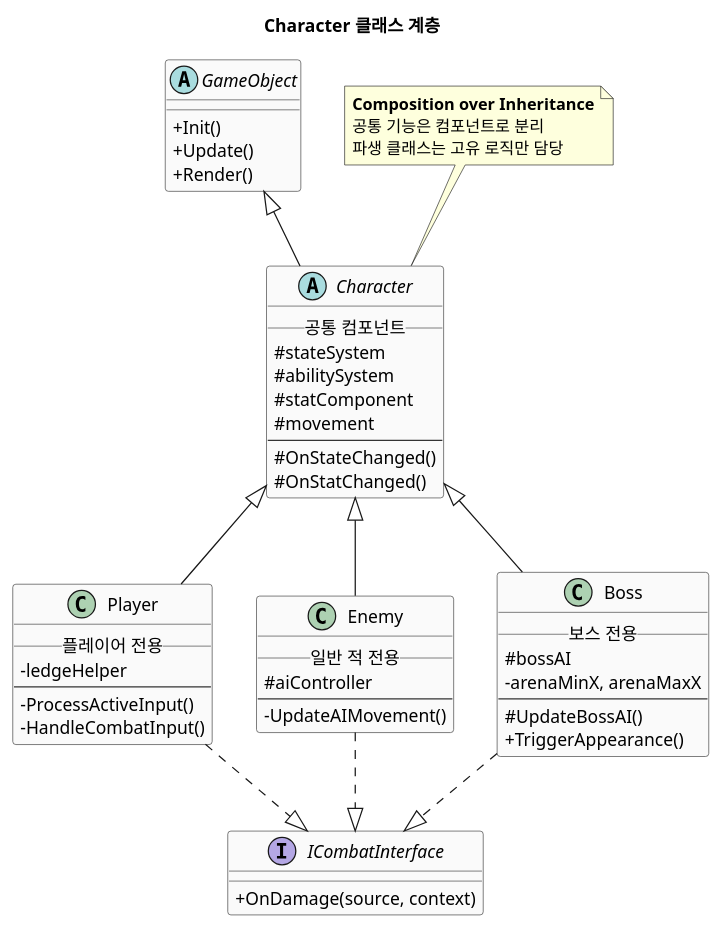
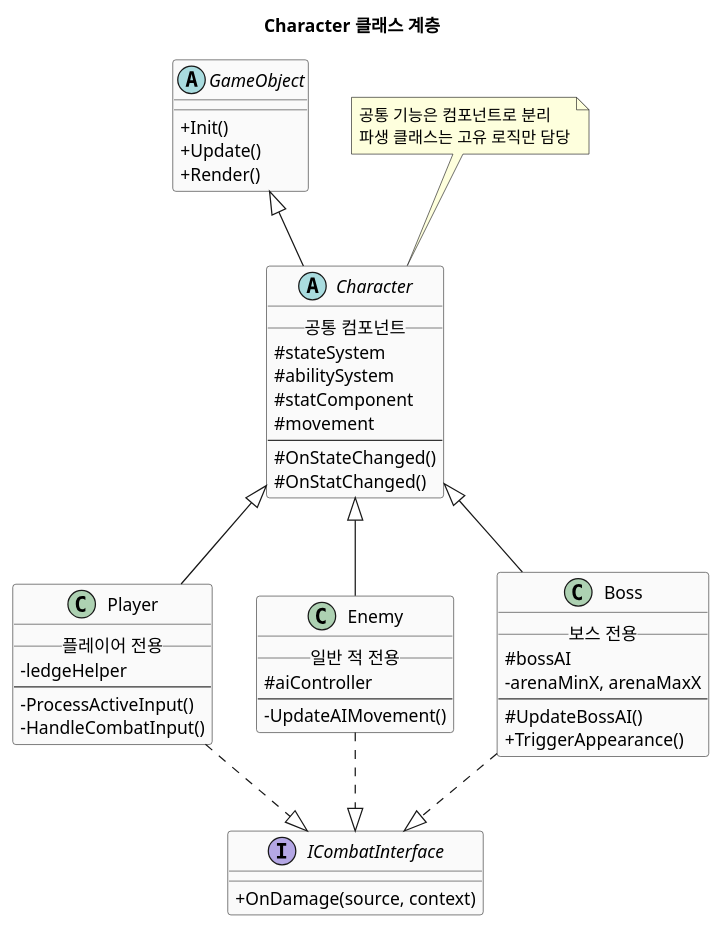
One commit to baeyc0510/ProjectB_Source changed the diagram in Docs/Diagrams/Class_CharacterHierarchy.puml. Above: the diagram before and after it, drawn with PlantUML. The commit also changed 20 other files, not shown here.

```diff
--- a/Docs/Diagrams/Class_CharacterHierarchy.puml
+++ b/Docs/Diagrams/Class_CharacterHierarchy.puml
@@ -1,73 +1,72 @@
 @startuml Class_CharacterHierarchy
 ' Character 클래스 계층 구조
 ' 상속 관계와 핵심 책임만 표시
 
 skinparam classAttributeIconSize 0
 skinparam class {
     BackgroundColor #FAFAFA
     BorderColor #333333
 }
 
 title Character 클래스 계층
 
 abstract class GameObject {
     + Init()
     + Update()
     + Render()
 }
 
 abstract class Character {
     __ 공통 컴포넌트 __
     # stateSystem
     # abilitySystem
     # statComponent
     # movement
     --
     # OnStateChanged()
     # OnStatChanged()
 }
 
 class Player {
     __ 플레이어 전용 __
     - ledgeHelper
     --
     - ProcessActiveInput()
     - HandleCombatInput()
 }
 
 class Enemy {
     __ 일반 적 전용 __
     # aiController
     --
     - UpdateAIMovement()
 }
 
 class Boss {
     __ 보스 전용 __
     # bossAI
     - arenaMinX, arenaMaxX
     --
     # UpdateBossAI()
     + TriggerAppearance()
 }
 
 interface ICombatInterface {
     + OnDamage(source, context)
 }
 
 GameObject <|-- Character
 Character <|-- Player
 Character <|-- Enemy
 Character <|-- Boss
 
 Player ..|> ICombatInterface
 Enemy ..|> ICombatInterface
 Boss ..|> ICombatInterface
 
 note top of Character
-  **Composition over Inheritance**
   공통 기능은 컴포넌트로 분리
   파생 클래스는 고유 로직만 담당
 end note
 
 @enduml
```
